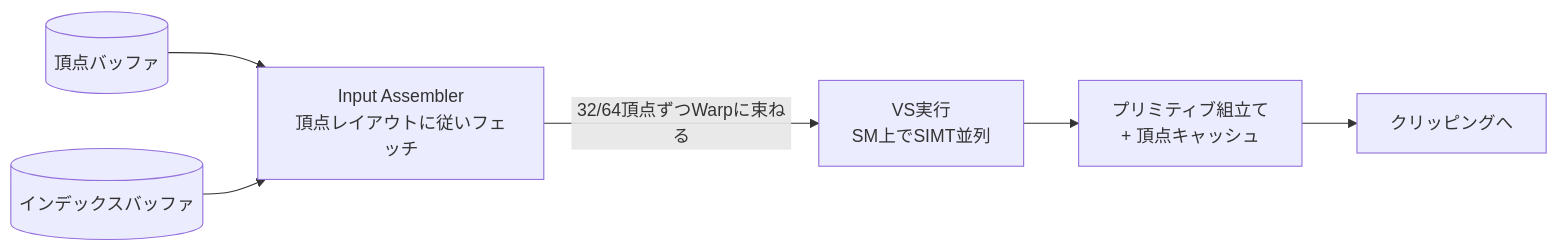
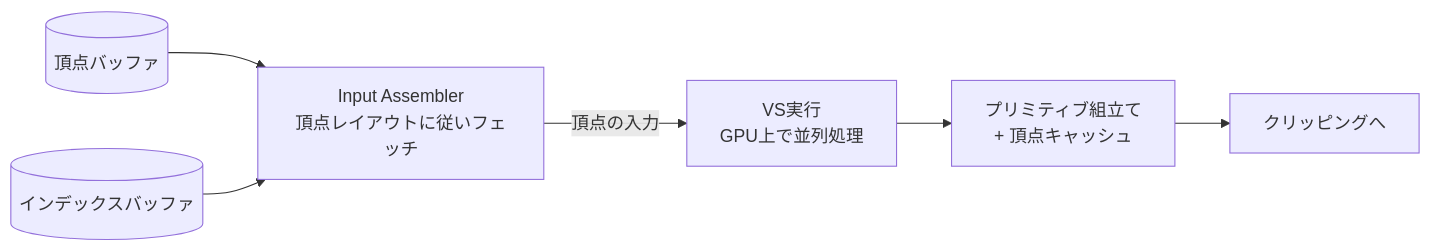
The diagram in study/docs/graphics/pipeline/vertex-shader.md (sny0/sny0.github.io), drawn with Mermaid before and after one commit. The commit also changed other lines of this file and 24 other files, not shown here.

````diff
--- a/study/docs/graphics/pipeline/vertex-shader.md
+++ b/study/docs/graphics/pipeline/vertex-shader.md
@@ -50,8 +52,8 @@
 ```mermaid
 flowchart LR
     VB[(頂点バッファ)] --> IA[Input Assembler<br/>頂点レイアウトに従いフェッチ]
     IB[(インデックスバッファ)] --> IA
-    IA -->|32/64頂点ずつWarpに束ねる| VS[VS実行<br/>SM上でSIMT並列]
+    IA -->|頂点の入力| VS[VS実行<br/>GPU上で並列処理]
     VS --> PA[プリミティブ組立て<br/>+ 頂点キャッシュ]
     PA --> CLIP[クリッピングへ]
 ```
````
